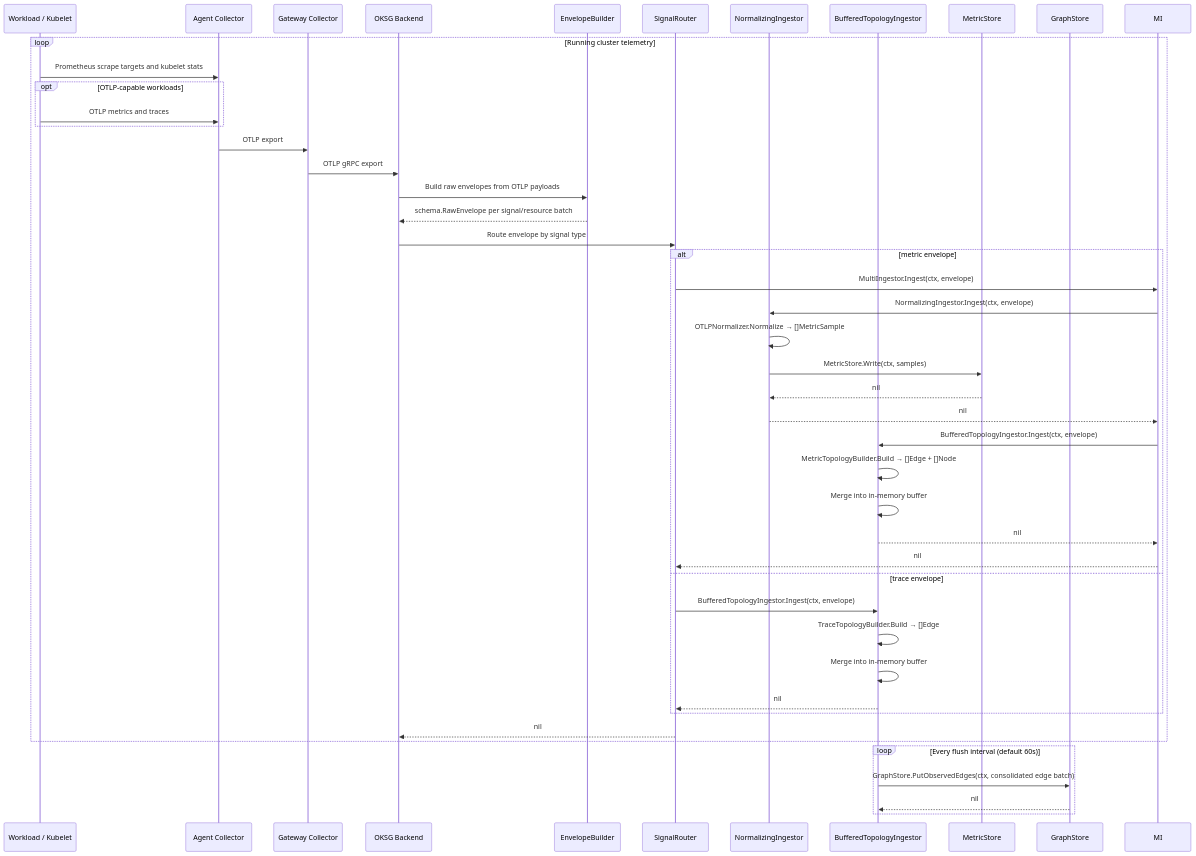
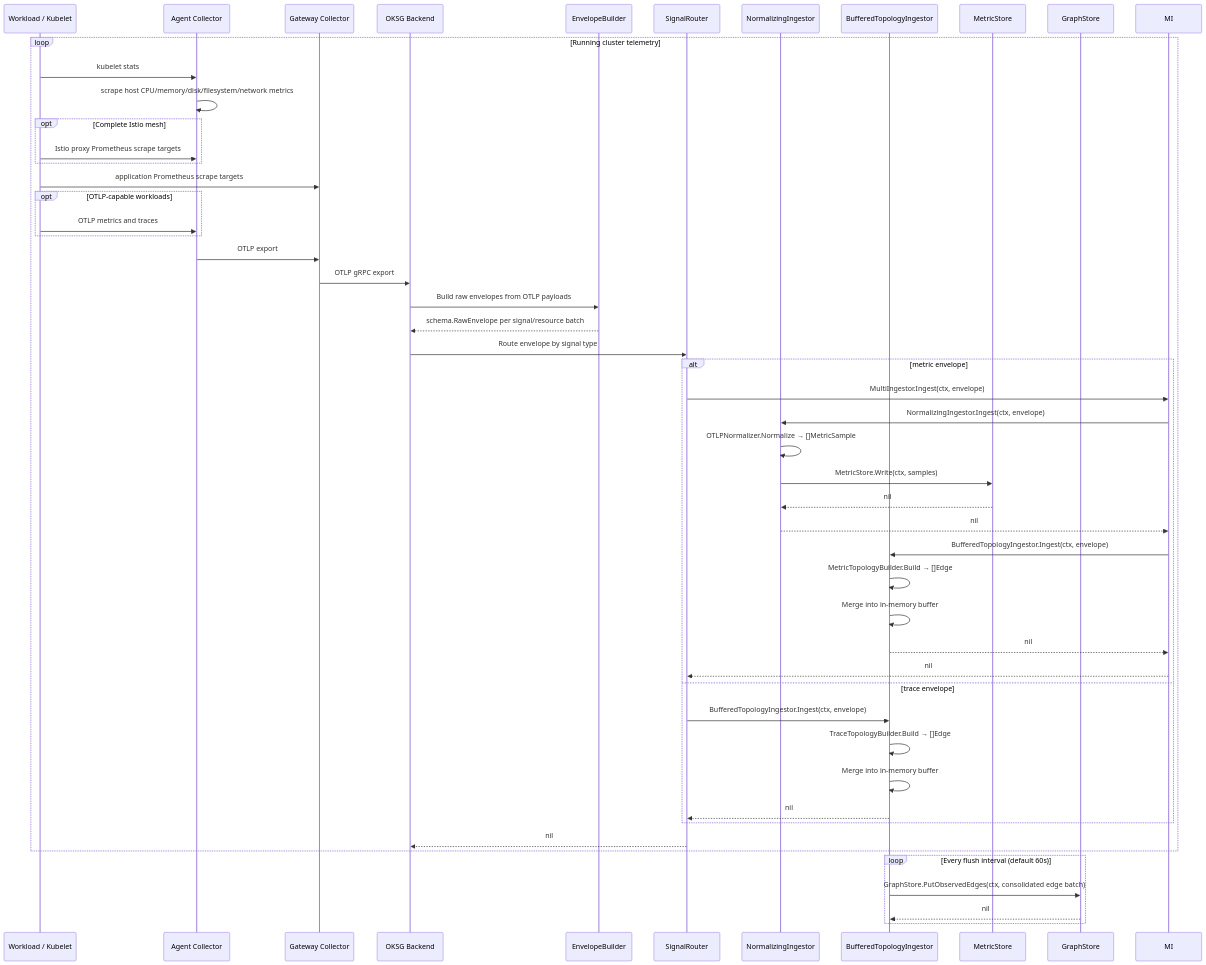
Before and after one commit to erickivel/karthos: the first of 2 diagrams in docs/runtime-flow.md, drawn with Mermaid. The commit also changed other lines of this file and 7 other files, not shown here.

````diff
--- a/docs/runtime-flow.md
+++ b/docs/runtime-flow.md
@@ -19,48 +19,53 @@
 ```mermaid
 sequenceDiagram
     participant Workload as Workload / Kubelet
     participant Agent as Agent Collector
     participant Gateway as Gateway Collector
     participant Backend as OKSG Backend
     participant Builder as EnvelopeBuilder
     participant Router as SignalRouter
     participant NI as NormalizingIngestor
     participant BTI as BufferedTopologyIngestor
     participant MS as MetricStore
     participant GS as GraphStore
 
     loop Running cluster telemetry
-        Workload->>Agent: Prometheus scrape targets and kubelet stats
+        Workload->>Agent: kubelet stats
+        Agent->>Agent: scrape host CPU/memory/disk/filesystem/network metrics
+        opt Complete Istio mesh
+            Workload->>Agent: Istio proxy Prometheus scrape targets
+        end
+        Workload->>Gateway: application Prometheus scrape targets
         opt OTLP-capable workloads
             Workload->>Agent: OTLP metrics and traces
         end
         Agent->>Gateway: OTLP export
         Gateway->>Backend: OTLP gRPC export
         Backend->>Builder: Build raw envelopes from OTLP payloads
         Builder-->>Backend: schema.RawEnvelope per signal/resource batch
         Backend->>Router: Route envelope by signal type
         alt metric envelope
             Router->>MI: MultiIngestor.Ingest(ctx, envelope)
             MI->>NI: NormalizingIngestor.Ingest(ctx, envelope)
             NI->>NI: OTLPNormalizer.Normalize → []MetricSample
             NI->>MS: MetricStore.Write(ctx, samples)
             MS-->>NI: nil
             NI-->>MI: nil
             MI->>BTI: BufferedTopologyIngestor.Ingest(ctx, envelope)
-            BTI->>BTI: MetricTopologyBuilder.Build → []Edge + []Node
+            BTI->>BTI: MetricTopologyBuilder.Build → []Edge
             BTI->>BTI: Merge into in-memory buffer
             BTI-->>MI: nil
             MI-->>Router: nil
         else trace envelope
             Router->>BTI: BufferedTopologyIngestor.Ingest(ctx, envelope)
             BTI->>BTI: TraceTopologyBuilder.Build → []Edge
             BTI->>BTI: Merge into in-memory buffer
             BTI-->>Router: nil
         end
         Router-->>Backend: nil
     end
     loop Every flush interval (default 60s)
         BTI->>GS: GraphStore.PutObservedEdges(ctx, consolidated edge batch)
         GS-->>BTI: nil
     end
 ```
````
